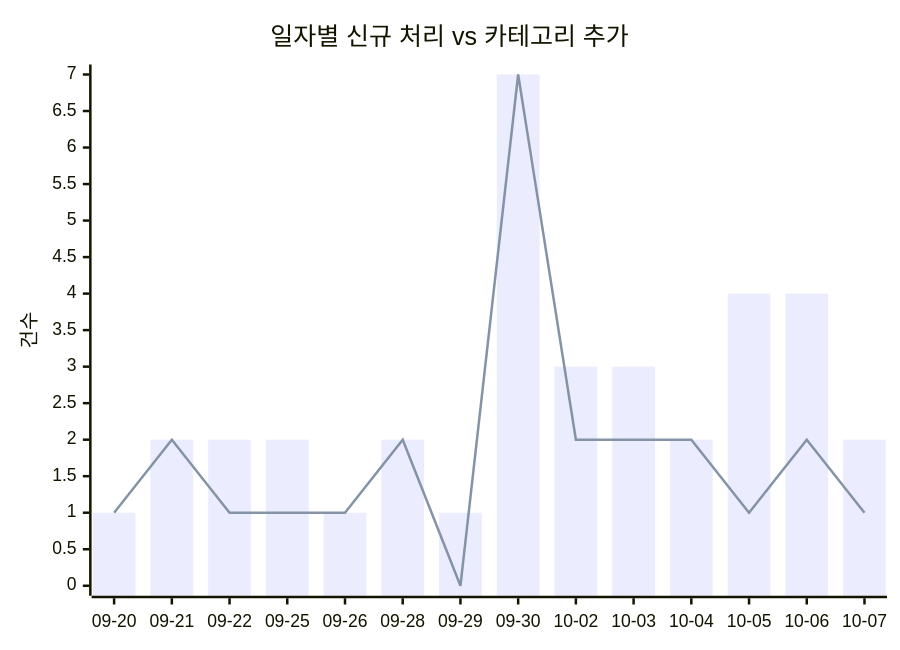
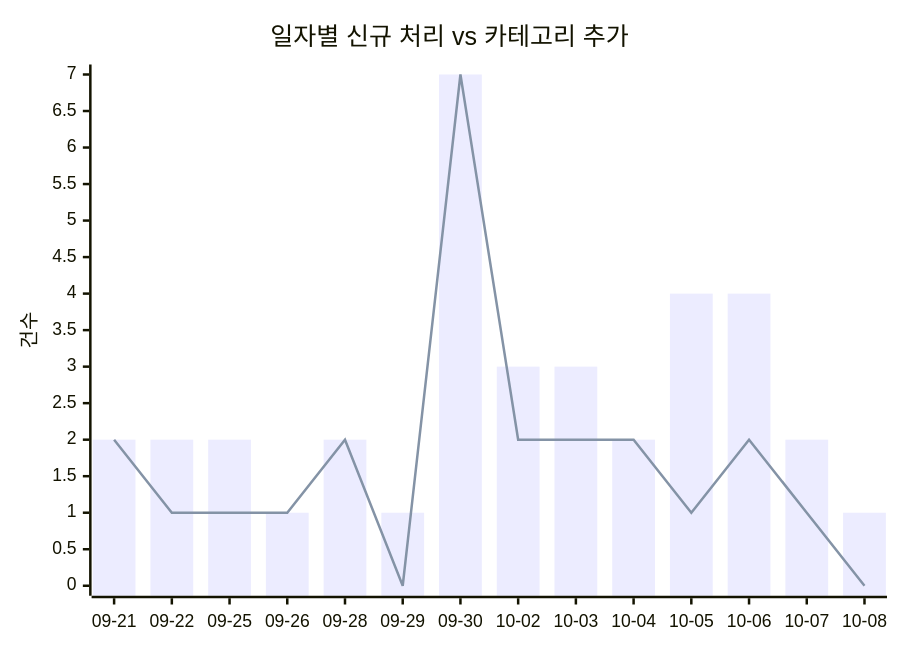
Before and after one commit to J-nowcow/awesome-korean-agent-skills: the first of 2 diagrams in docs/trends.md, drawn with Mermaid. The commit also changed other lines of this file and 2 other files, not shown here.

````diff
--- a/docs/trends.md
+++ b/docs/trends.md
@@ -32,8 +32,8 @@
 ```mermaid
 xychart-beta
     title "일자별 신규 처리 vs 카테고리 추가"
-    x-axis ["09-20","09-21","09-22","09-25","09-26","09-28","09-29","09-30","10-02","10-03","10-04","10-05","10-06","10-07"]
+    x-axis ["09-21","09-22","09-25","09-26","09-28","09-29","09-30","10-02","10-03","10-04","10-05","10-06","10-07","10-08"]
     y-axis "건수"
-    bar [1,2,2,2,1,2,1,7,3,3,2,4,4,2]
-    line [1,2,1,1,1,2,0,7,2,2,2,1,2,1]
+    bar [2,2,2,1,2,1,7,3,3,2,4,4,2,1]
+    line [2,1,1,1,2,0,7,2,2,2,1,2,1,0]
 ```
````
